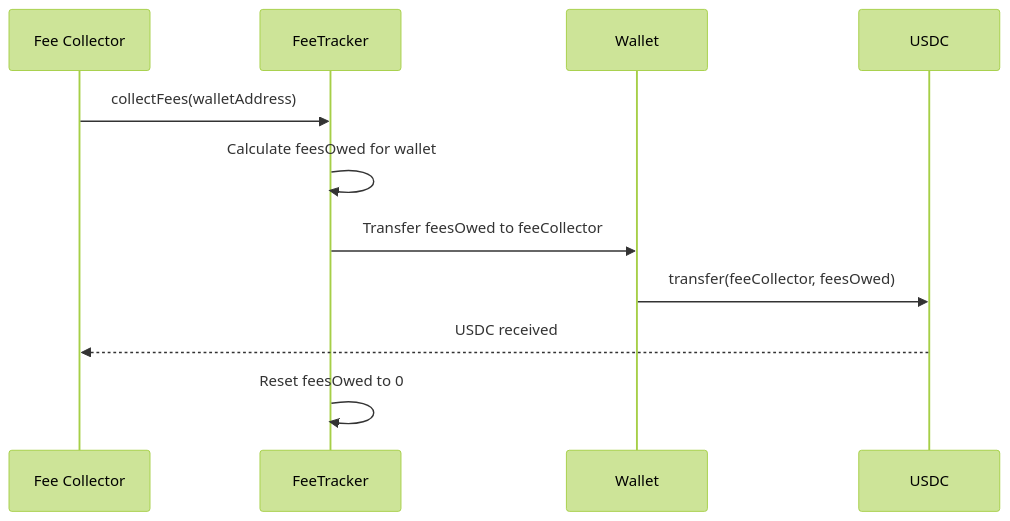
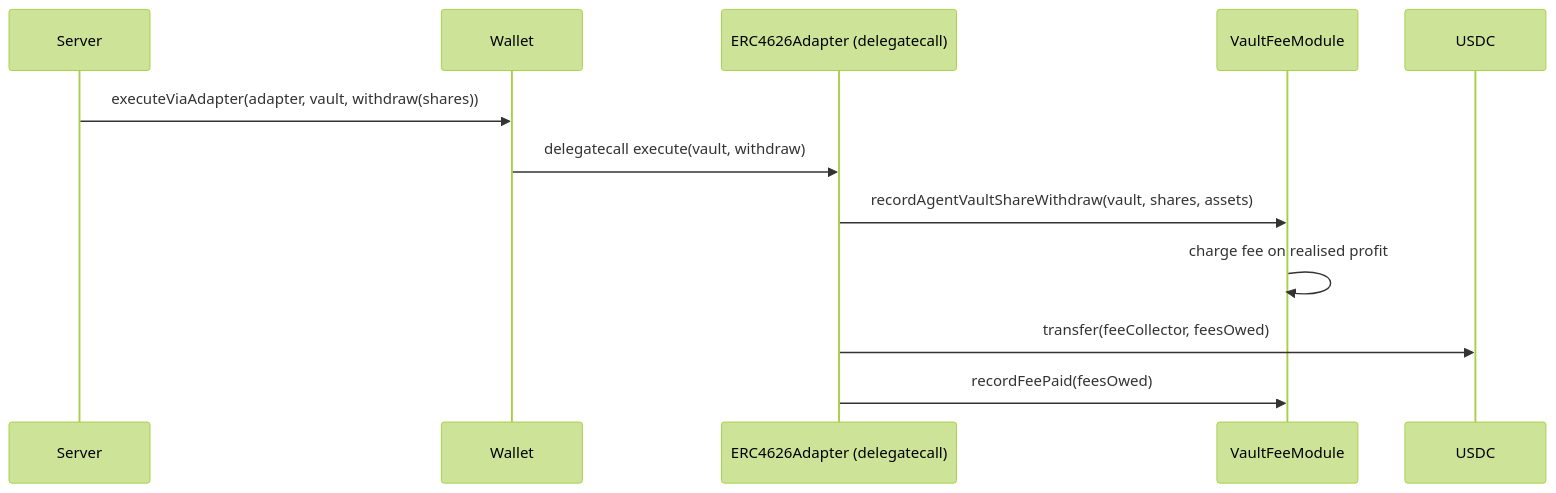
Before and after one commit to tokenpage/yieldseeker-contracts: the fifth of 6 diagrams in README.md, drawn with Mermaid (forest theme). The commit also changed other lines of this file and 16 other files, not shown here.

Commit message:
Vault fees: adapters pay the fee collector when they charge; remove wallet collectFees

````diff
--- a/README.md
+++ b/README.md
@@ -715,14 +714,15 @@
 ```mermaid
 sequenceDiagram
-    participant Collector as Fee Collector
-    participant FeeTracker
+    participant Server
     participant Wallet
+    participant Adapter as ERC4626Adapter (delegatecall)
+    participant VaultFees as VaultFeeModule
     participant USDC
 
-    Collector->>FeeTracker: collectFees(walletAddress)
-    FeeTracker->>FeeTracker: Calculate feesOwed for wallet
-    FeeTracker->>Wallet: Transfer feesOwed to feeCollector
-    Wallet->>USDC: transfer(feeCollector, feesOwed)
-    USDC-->>Collector: USDC received
-    FeeTracker->>FeeTracker: Reset feesOwed to 0
+    Server->>Wallet: executeViaAdapter(adapter, vault, withdraw(shares))
+    Wallet->>Adapter: delegatecall execute(vault, withdraw)
+    Adapter->>VaultFees: recordAgentVaultShareWithdraw(vault, shares, assets)
+    VaultFees->>VaultFees: charge fee on realised profit
+    Adapter->>USDC: transfer(feeCollector, feesOwed)
+    Adapter->>VaultFees: recordFeePaid(feesOwed)
 ```
````
